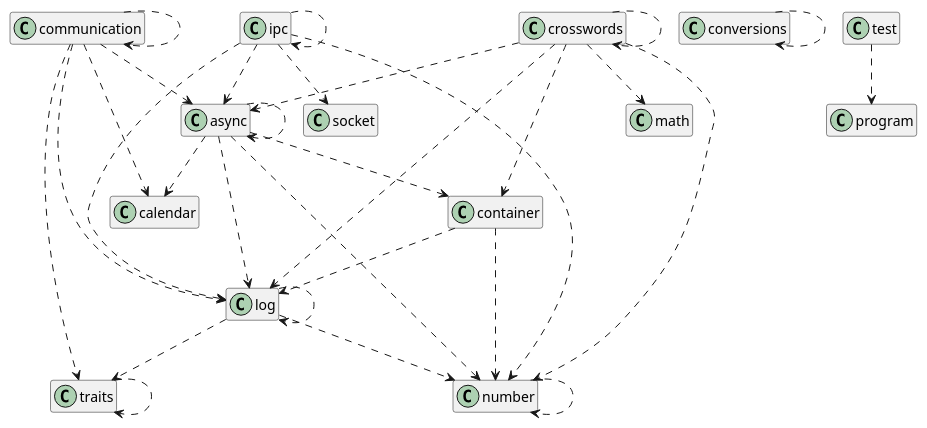
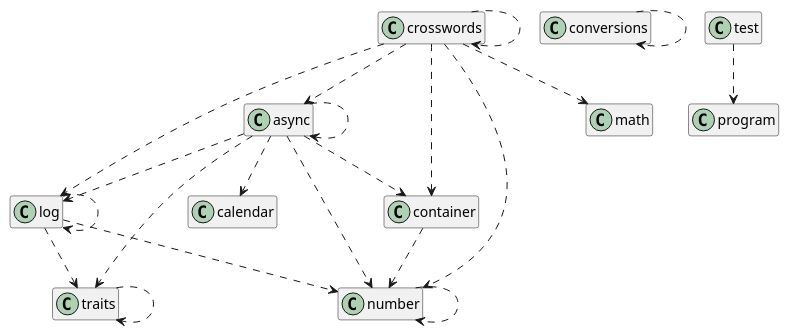
Before and after one commit to rodrigocanellas/tenacitas: the diagram in doc/tenacitas.lib.plantuml, drawn with PlantUML. The commit also changed 2 other files, not shown here.

```diff
--- a/doc/tenacitas.lib.plantuml
+++ b/doc/tenacitas.lib.plantuml
@@ -1,33 +1,23 @@
 @startuml
 hide empty members
 async ..> async
 async ..> calendar
 async ..> container
 async ..> log
 async ..> number
-communication ..> async
-communication ..> calendar
-communication ..> communication
-communication ..> log
-communication ..> traits
-container ..> log
+async ..> traits
 container ..> number
 conversions ..> conversions
 crosswords ..> async
 crosswords ..> container
 crosswords ..> crosswords
 crosswords ..> log
 crosswords ..> math
 crosswords ..> number
-ipc ..> async
-ipc ..> ipc
-ipc ..> log
-ipc ..> number
-ipc ..> socket
 log ..> log
 log ..> number
 log ..> traits
 number ..> number
 test ..> program
 traits ..> traits
 @enduml
```
